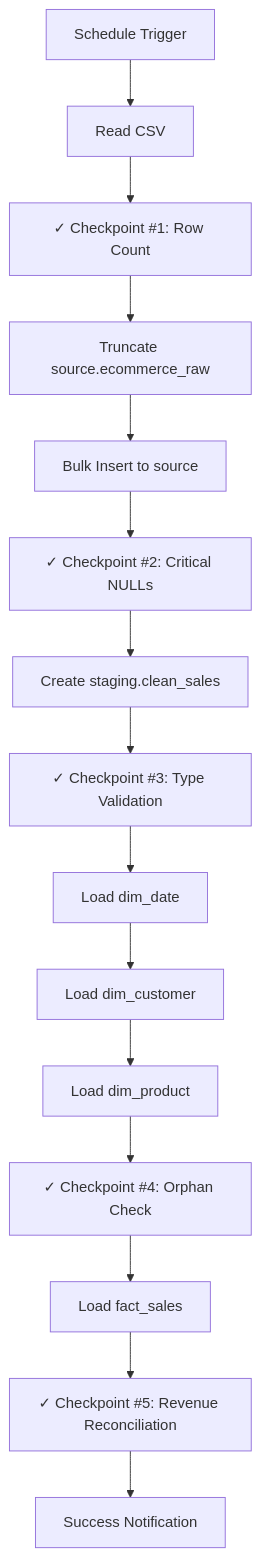
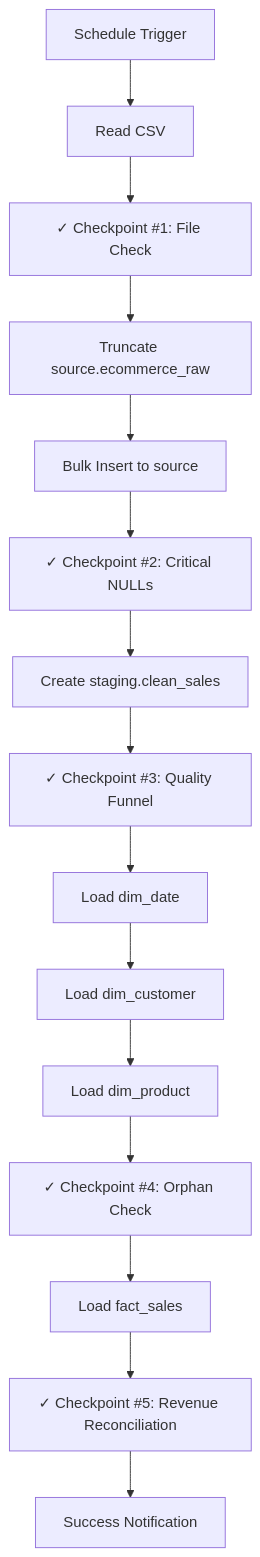
The diagram in docs/03_elt_pipeline.md (kadusic1/BI-Project), drawn with Mermaid before and after one commit. The commit also changed other lines of this file and 1 other file, not shown here.

````diff
--- a/docs/03_elt_pipeline.md
+++ b/docs/03_elt_pipeline.md
@@ -10,17 +10,17 @@
 ```mermaid
 graph TD
     A[Schedule Trigger] --> B[Read CSV]
-    B --> C1[✓ Checkpoint #1: Row Count]
+    B --> C1[✓ Checkpoint #1: File Check]
     C1 --> D[Truncate source.ecommerce_raw]
     D --> E[Bulk Insert to source]
     E --> C2[✓ Checkpoint #2: Critical NULLs]
     C2 --> F[Create staging.clean_sales]
-    F --> C3[✓ Checkpoint #3: Type Validation]
+    F --> C3[✓ Checkpoint #3: Quality Funnel]
     C3 --> G[Load dim_date]
     G --> H[Load dim_customer]
     H --> I[Load dim_product]
     I --> C4[✓ Checkpoint #4: Orphan Check]
     C4 --> J[Load fact_sales]
     J --> C5[✓ Checkpoint #5: Revenue Reconciliation]
     C5 --> K[Success Notification]
 ```
````
